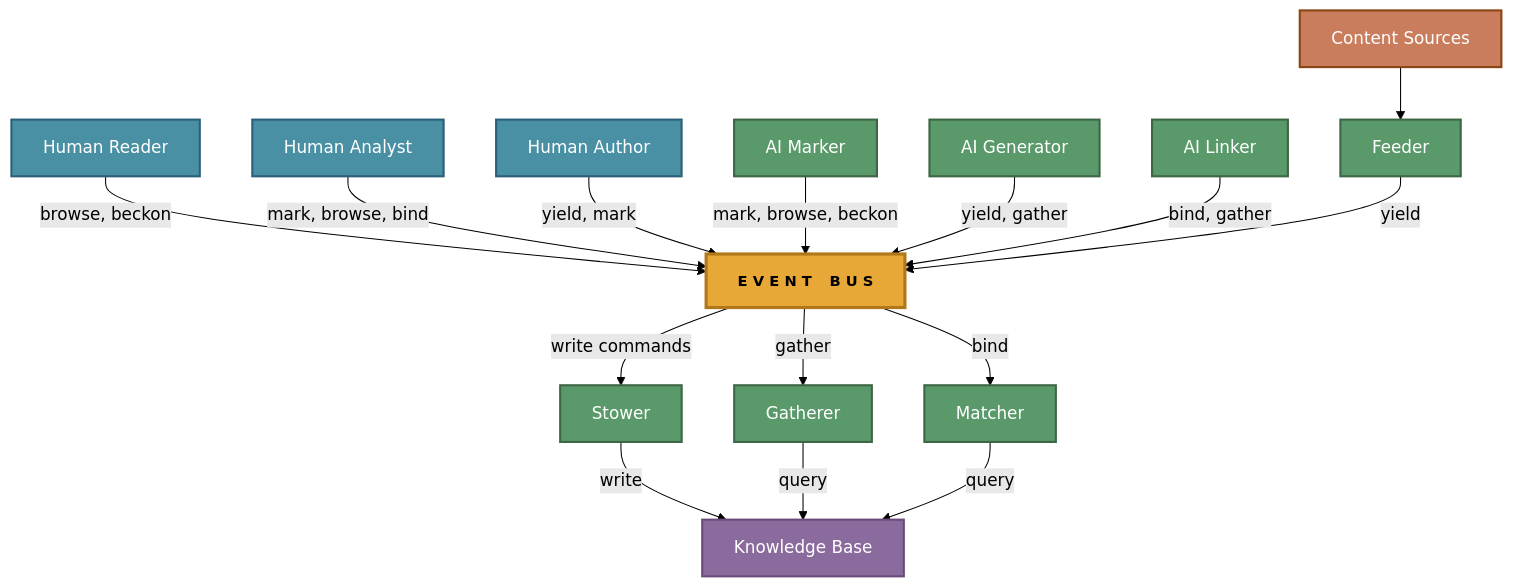
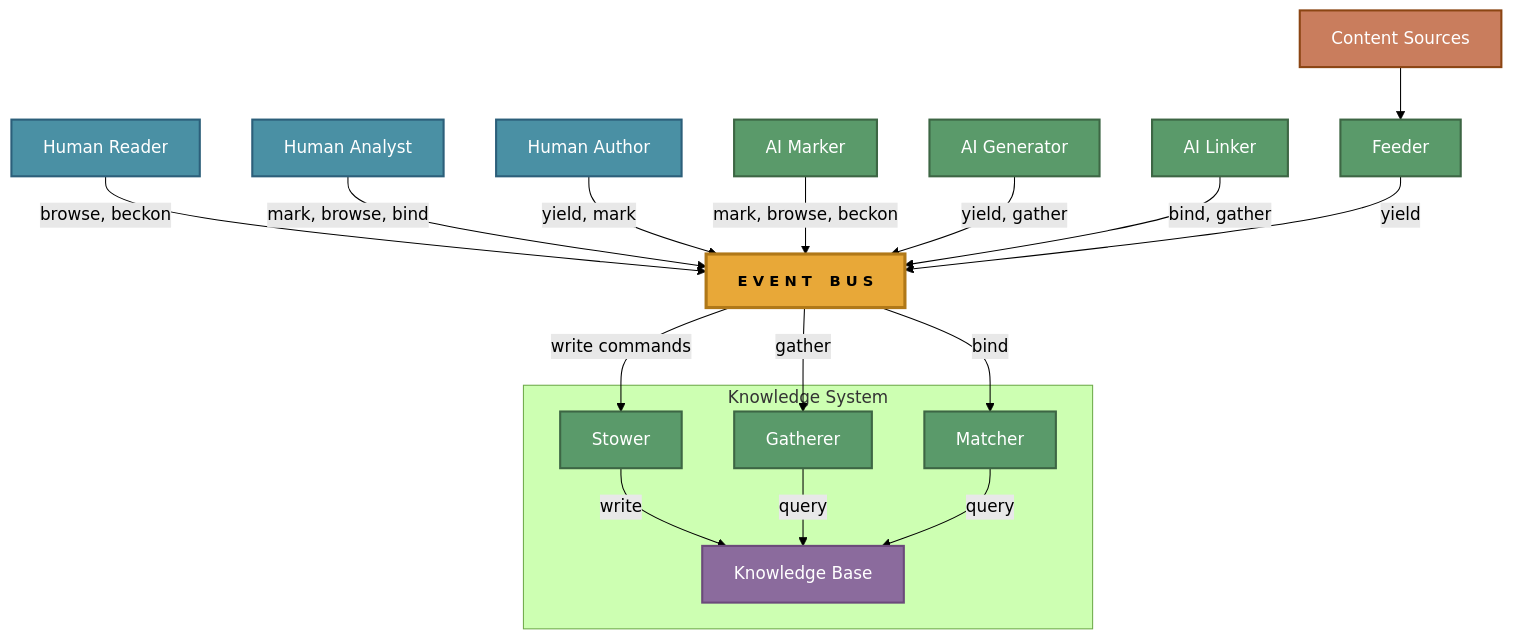
The first of 3 diagrams in docs/ARCHITECTURE.md (The-AI-Alliance/semiont), drawn with Mermaid (forest theme) before and after one commit. The commit also changed other lines of this file, not shown here.

Commit message:
update diagrams for Knowledge System

````diff
--- a/docs/ARCHITECTURE.md
+++ b/docs/ARCHITECTURE.md
@@ -17,35 +17,42 @@
 ```mermaid
 graph TD
     READER["Human Reader"] -->|"browse, beckon"| BUS
     ANALYST["Human Analyst"] -->|"mark, browse, bind"| BUS
     AUTHOR["Human Author"] -->|"yield, mark"| BUS
     MARKER["AI Marker"] -->|"mark, browse, beckon"| BUS
     GENERATOR["AI Generator"] -->|"yield, gather"| BUS
     LINKER["AI Linker"] -->|"bind, gather"| BUS
 
     BUS["E V E N T &ensp; B U S"]
 
-    BUS -->|"write commands"| STOWER["Stower"]
-    BUS -->|"gather"| GATHERER["Gatherer"]
-    BUS -->|"bind"| MATCHER["Matcher"]
-    STOWER -->|"write"| KB["Knowledge Base"]
-    GATHERER -->|"query"| KB
-    MATCHER -->|"query"| KB
+    subgraph ks ["Knowledge System"]
+        STOWER["Stower"]
+        GATHERER["Gatherer"]
+        MATCHER["Matcher"]
+        KB["Knowledge Base"]
+        STOWER -->|"write"| KB
+        GATHERER -->|"query"| KB
+        MATCHER -->|"query"| KB
+    end
+
+    BUS -->|"write commands"| STOWER
+    BUS -->|"gather"| GATHERER
+    BUS -->|"bind"| MATCHER
 
     SOURCES["Content Sources"] --> FEEDER["Feeder"]
     FEEDER -->|"yield"| BUS
 
     classDef bus fill:#e8a838,stroke:#b07818,stroke-width:3px,color:#000,font-weight:bold,font-size:14px
     classDef human fill:#4a90a4,stroke:#2c5f7a,stroke-width:2px,color:#fff
     classDef ai fill:#5a9a6a,stroke:#3d6644,stroke-width:2px,color:#fff
     classDef kb fill:#8b6b9d,stroke:#6b4a7a,stroke-width:2px,color:#fff
     classDef stream fill:#c97d5d,stroke:#8b4513,stroke-width:2px,color:#fff
     classDef worker fill:#5a9a6a,stroke:#3d6644,stroke-width:2px,color:#fff
 
     class READER,ANALYST,AUTHOR human
     class MARKER,GENERATOR,LINKER ai
     class BUS bus
     class KB kb
     class SOURCES stream
     class FEEDER,STOWER,GATHERER,MATCHER worker
 ```
````
